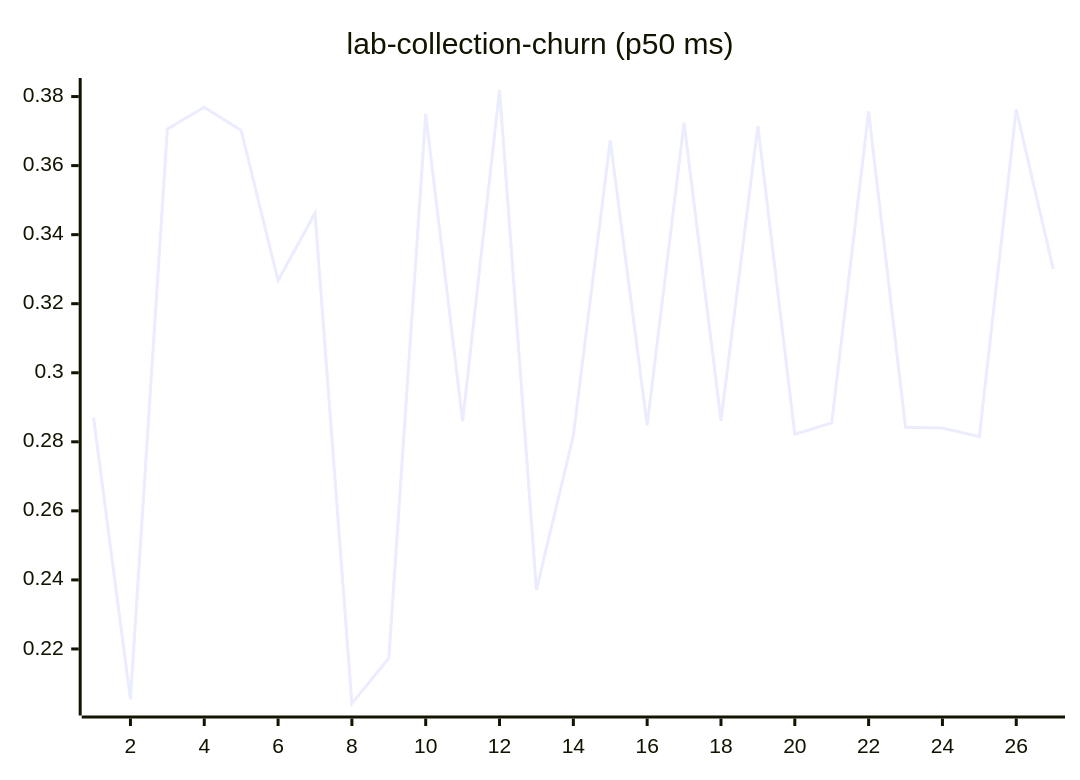
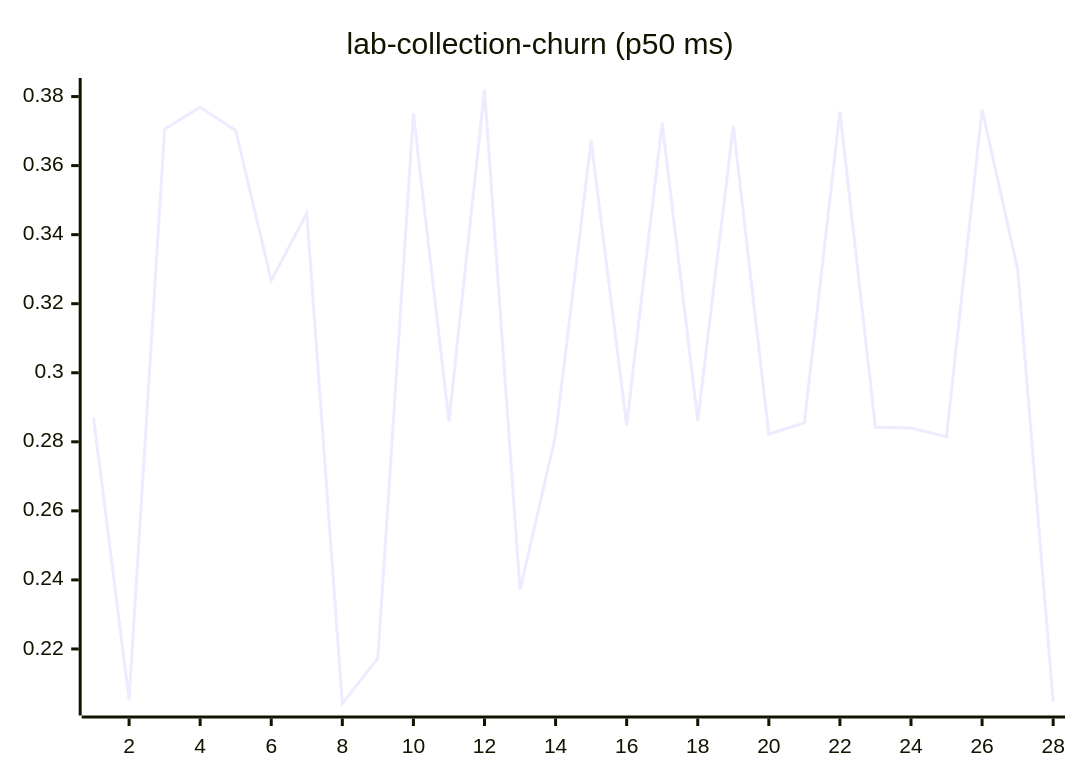
One commit to josha/Facet changed diagram 11 of 27 in README.md. Above: the diagram before and after it, drawn with Mermaid. The commit also changed other lines of this file and 2 other files, not shown here.

````diff
--- a/README.md
+++ b/README.md
@@ -133,6 +133,6 @@
 ```mermaid
 xychart-beta
     title "lab-collection-churn (p50 ms)"
-    x-axis 1 --> 27
-    line [0.2870, 0.2054, 0.3706, 0.3769, 0.3702, 0.3267, 0.3462, 0.2042, 0.2173, 0.3750, 0.2859, 0.3819, 0.2371, 0.2818, 0.3673, 0.2848, 0.3724, 0.2861, 0.3715, 0.2822, 0.2855, 0.3757, 0.2842, 0.2840, 0.2815, 0.3763, 0.3301]
+    x-axis 1 --> 28
+    line [0.2870, 0.2054, 0.3706, 0.3769, 0.3702, 0.3267, 0.3462, 0.2042, 0.2173, 0.3750, 0.2859, 0.3819, 0.2371, 0.2818, 0.3673, 0.2848, 0.3724, 0.2861, 0.3715, 0.2822, 0.2855, 0.3757, 0.2842, 0.2840, 0.2815, 0.3763, 0.3301, 0.2047]
 ```
````
